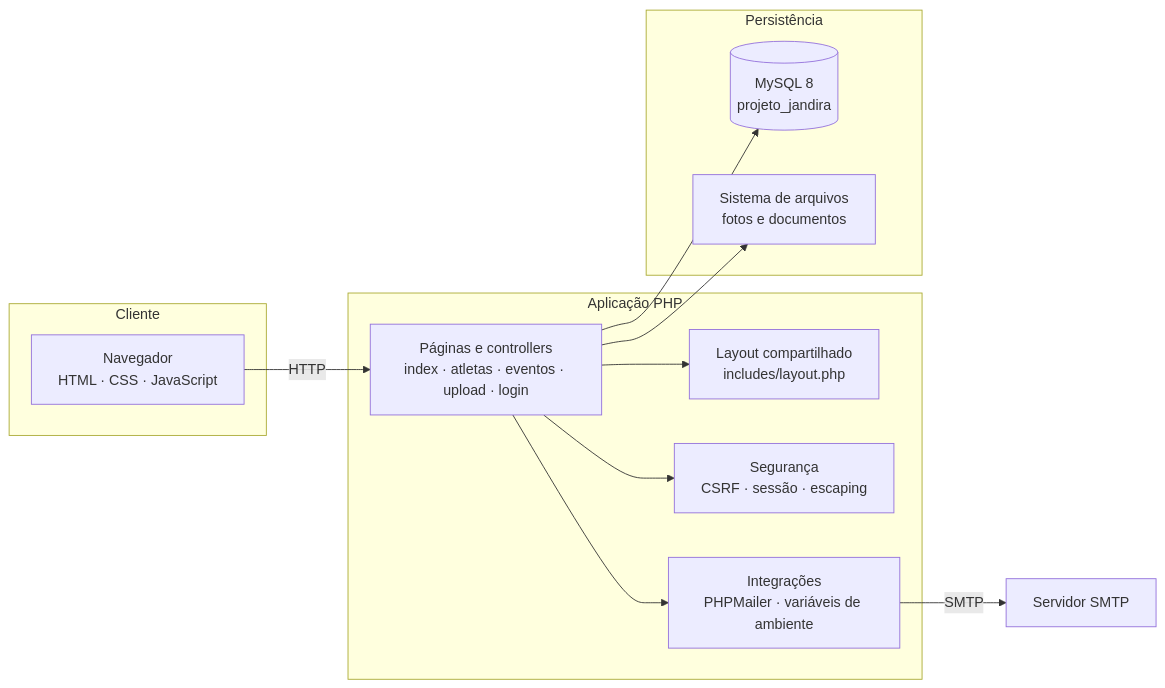
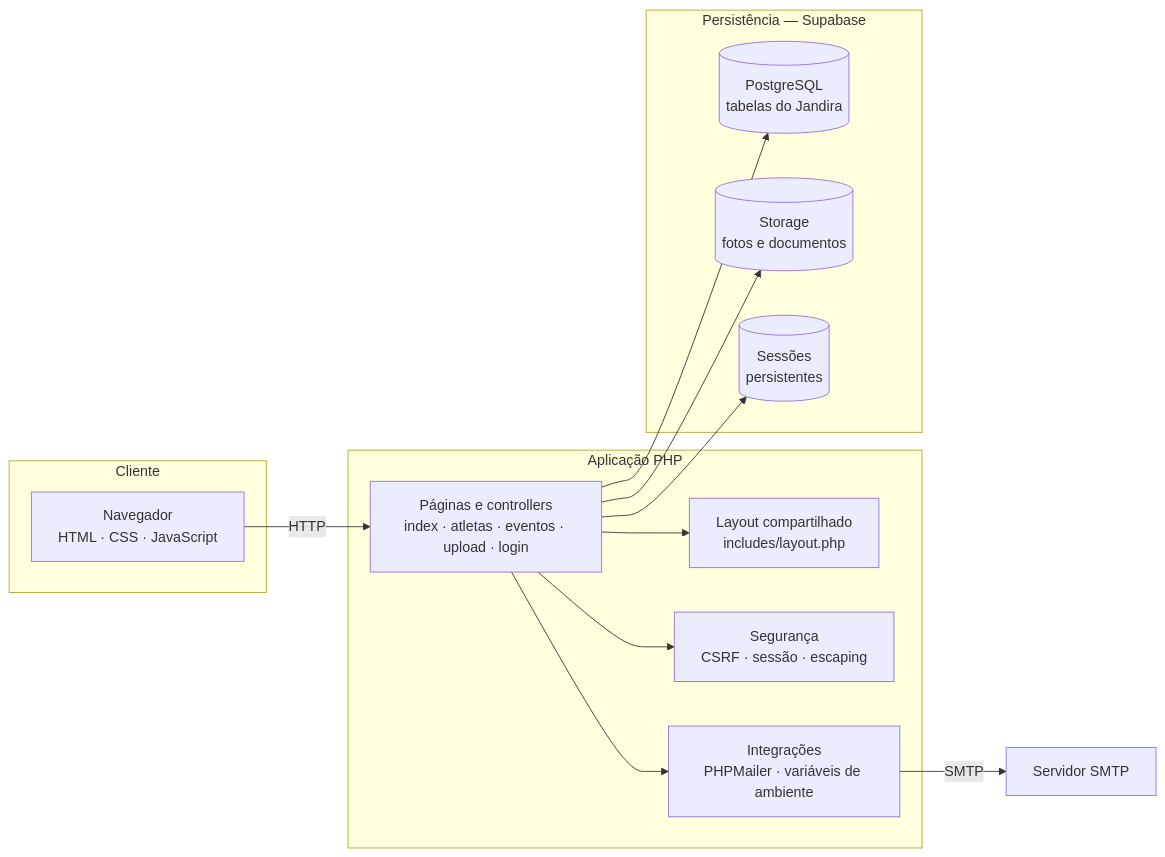
The first of 4 diagrams in README.md (JulioAbreuCanalDev33/projeto_jandira), drawn with Mermaid before and after one commit. The commit also changed other lines of this file and 17 other files, not shown here.

Commit message:
feat: migra persistencia para Supabase e publica com sessoes persistentes

````diff
--- a/README.md
+++ b/README.md
@@ -243,26 +244,28 @@
 ```mermaid
 flowchart LR
     subgraph Cliente["Cliente"]
         B["Navegador<br/>HTML · CSS · JavaScript"]
     end
 
     subgraph Aplicacao["Aplicação PHP"]
         R["Páginas e controllers<br/>index · atletas · eventos · upload · login"]
         L["Layout compartilhado<br/>includes/layout.php"]
         S["Segurança<br/>CSRF · sessão · escaping"]
         E["Integrações<br/>PHPMailer · variáveis de ambiente"]
     end
 
-    subgraph Dados["Persistência"]
-        DB[("MySQL 8<br/>projeto_jandira")]
-        FS["Sistema de arquivos<br/>fotos e documentos"]
+    subgraph Dados["Persistência — Supabase"]
+        DB[("PostgreSQL<br/>tabelas do Jandira")]
+        ST[("Storage<br/>fotos e documentos")]
+        SE[("Sessões<br/>persistentes")]
     end
 
     B -->|HTTP| R
     R --> L
     R --> S
     R --> DB
-    R --> FS
+    R --> ST
+    R --> SE
     R --> E
     E -->|SMTP| SMTP["Servidor SMTP"]
 ```
````
